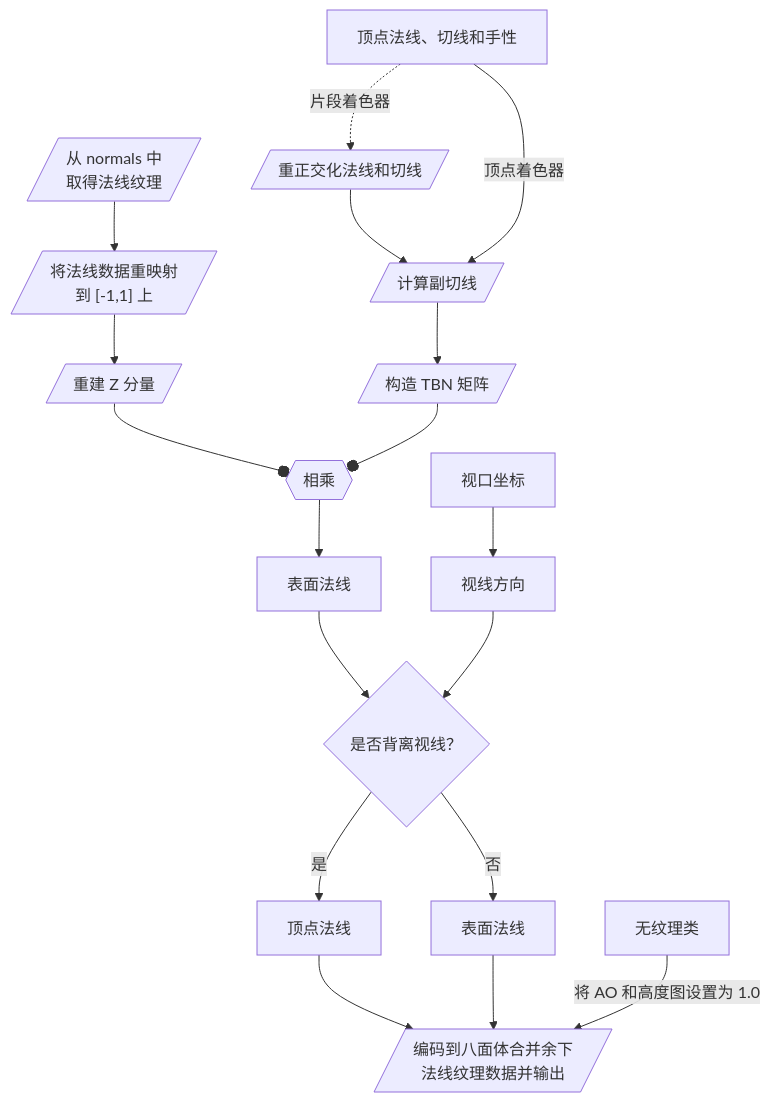
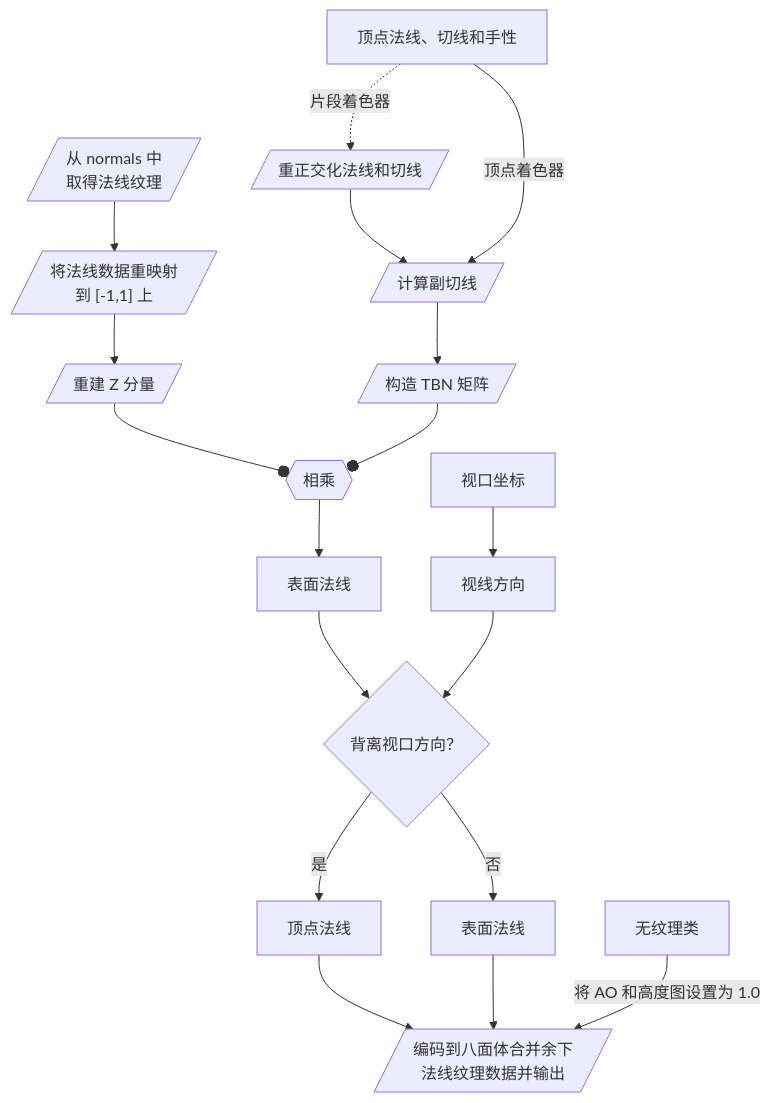
One commit to MineGraphCN/MGC_Docs changed the diagram in Writerside/topics/Developer/Tutorial/Shader/2-3-1-advancedLighting.md. Above: the diagram before and after it, drawn with Mermaid. The commit also changed other lines of this file, not shown here.

Commit message:
添加八面体映射的解释，切线示意图和小知识，修正部分内容

````diff
--- a/Writerside/topics/Developer/Tutorial/Shader/2-3-1-advancedLighting.md
+++ b/Writerside/topics/Developer/Tutorial/Shader/2-3-1-advancedLighting.md
@@ -671,26 +703,26 @@
 ```mermaid
 flowchart TD
     out["顶点法线、切线和手性"]
     out2[视口坐标] --> in[视线方向]
     T1[/"`从 normals 中
     取得法线纹理`"/] --> T2
     T2[/"`将法线数据重映射
     到 [-1,1] 上`"/] --> T3
     T3[/重建 Z 分量/]
     TBN1[/"重正交化法线和切线"/] --> TBN2
     TBN2[/"计算副切线"/] --> TBN3
     TBN3[/"构造 TBN 矩阵"/]
-    CVS{"是否背离视线？"}
+    CVS{"背离视口方向？"}
     YES[顶点法线]
     NO[表面法线]
     T3 --o MUL{{相乘}} --> SN[表面法线] --> CVS
     TBN3 --o MUL
     CVS -- 是 --> YES
     CVS -- 否 --> NO
     out -. 片段着色器 .-> TBN1
     out -- 顶点着色器 --> TBN2
     in --> CVS
     YES & NO --> EW[/"编码到八面体合并余下
     法线纹理数据并输出"/]
     TL[无纹理类] -- 将 AO 和高度图设置为 1.0 --> EW
 ```
````
